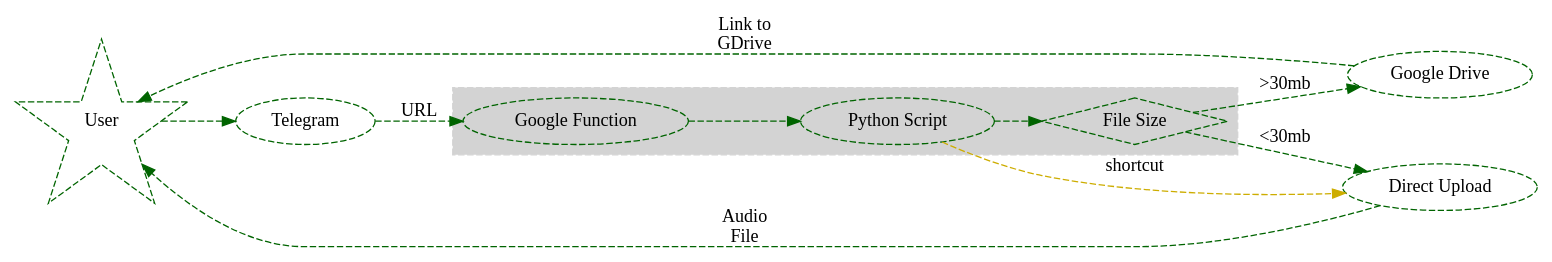
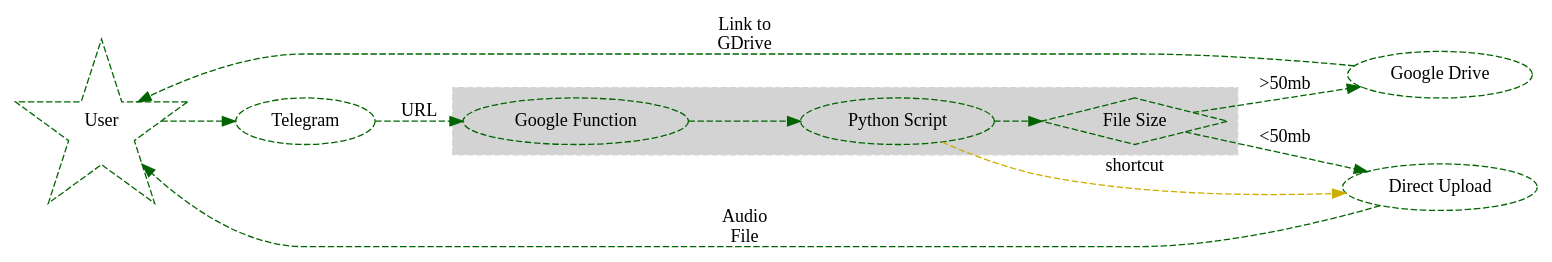
Before and after one commit to artickl/u2ber: the diagram in diagram.dot, drawn with Graphviz. The commit also changed 1 other file, not shown here.

```diff
--- a/diagram.dot
+++ b/diagram.dot
@@ -1,37 +1,37 @@
 digraph G {
     #splines="FALSE";
     rankdir=LR
     #layout=fdp;
 
     /* Entities */
     u1 [label="User",shape="star",color="darkgreen",style="dashed",fillcolor="white"]
     t1 [label="Telegram",color="darkgreen",style="dashed",fillcolor="white"]
     gf [label="Google Function",color="darkgreen",style="dashed",fillcolor="white"]
     py [label="Python Script",color="darkgreen",style="dashed",fillcolor="white"]
     fsize [label="File Size",shape="diamond",color="darkgreen",style="dashed",fillcolor="white"]
     gdr [label="Google Drive",color="darkgreen",style="dashed",fillcolor="white"]
     dload [label="Direct Upload",color="darkgreen",style="dashed",fillcolor="white"]
 
     /* Relationships */
     subgraph cluster0 {
         style="filled,dashed";
         color="lightgray";
         node[style="filled,dashed",fillcolor="white"];   
         gf -> py -> fsize [color="darkgreen",style="dashed"];
     }
 
     u1 -> t1 [color="darkgreen",style="dashed"];
     t1 -> gf [label="URL",color="darkgreen",style="dashed"];
-    fsize -> gdr [label=">30mb",color="darkgreen",style="dashed"]
+    fsize -> gdr [label=">50mb",color="darkgreen",style="dashed"]
     gdr -> u1 [label="Link to\nGDrive",color="darkgreen",style="dashed"]
 
-    fsize -> dload [label="<30mb",color="darkgreen",style="dashed"]
+    fsize -> dload [label="<50mb",color="darkgreen",style="dashed"]
     dload -> u1 [label="Audio\nFile",color="darkgreen",style="dashed"]
 
     #TODO: shortcut for now
     py -> dload [label="shortcut",color="gold3",style="dashed"]
 
     /* Ranks */
     { rank=min; u1 };
 #    { rank=max; gdr dload}
 }
```
